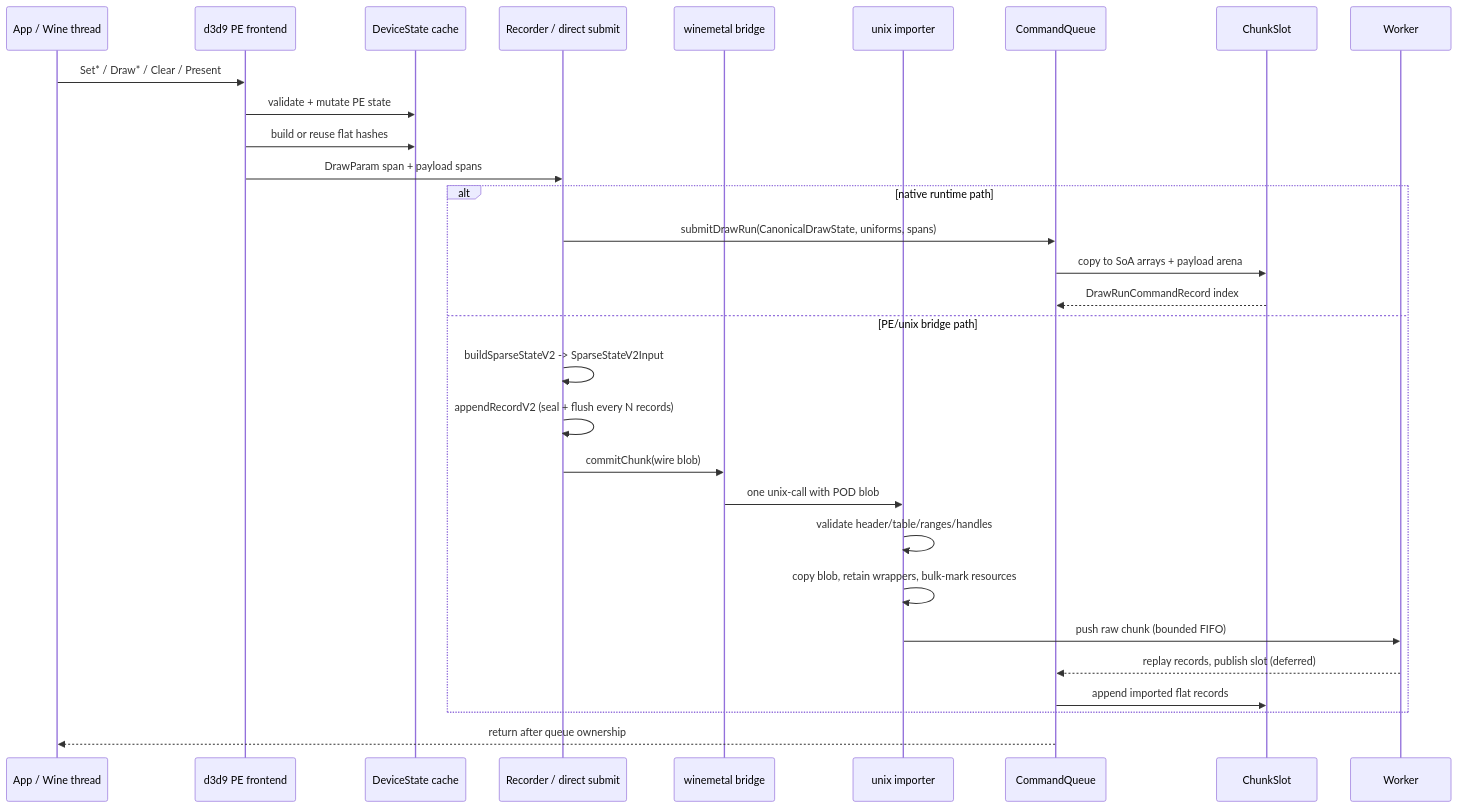
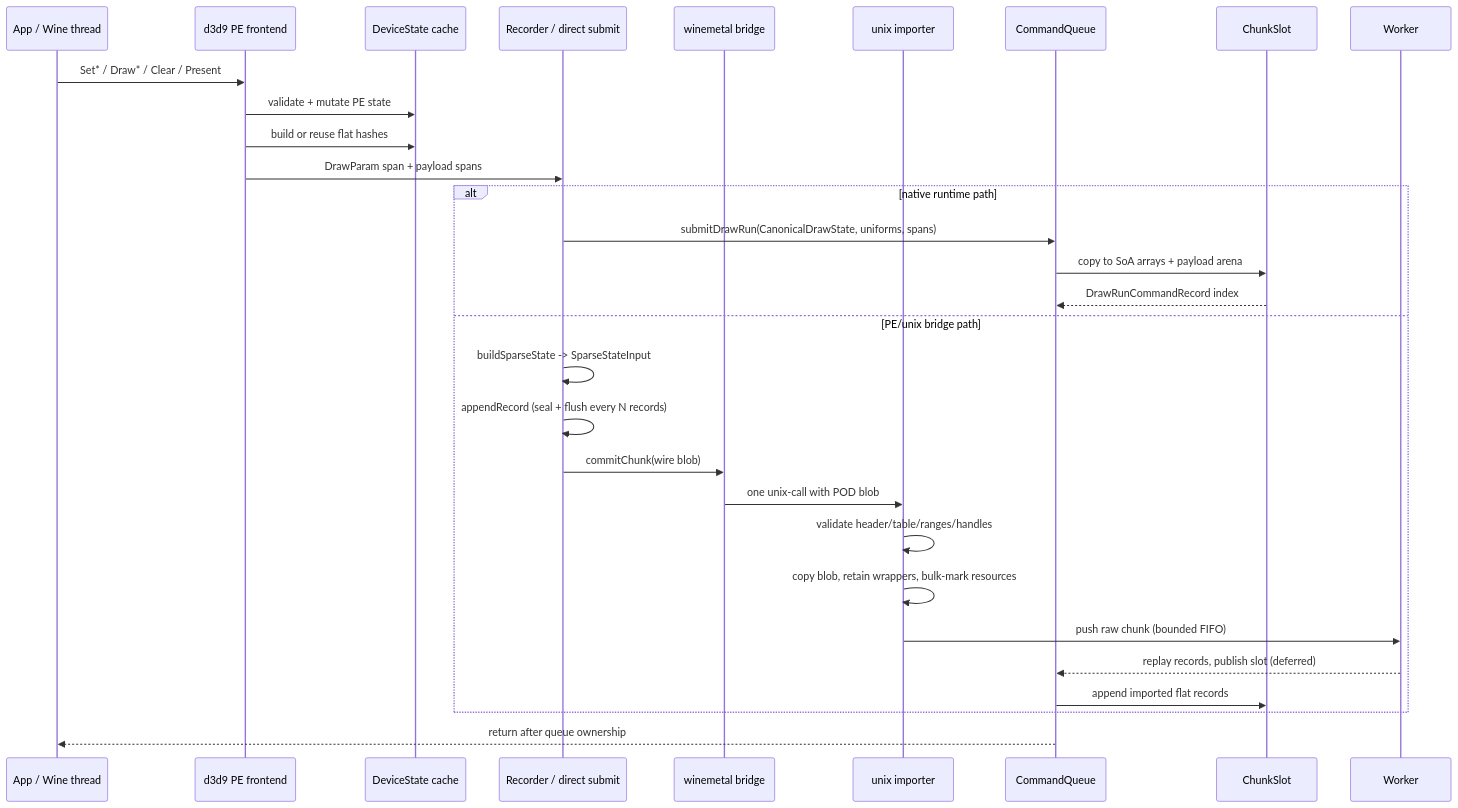
Before and after one commit to dfdgsdfg/dxmt9: the fourth of 13 diagrams in specs/archicture/spec.md, drawn with Mermaid. The commit also changed other lines of this file and 94 other files, not shown here.

````diff
--- a/specs/archicture/spec.md
+++ b/specs/archicture/spec.md
@@ -202,32 +202,32 @@
 ```mermaid
 sequenceDiagram
     participant App as App / Wine thread
     participant D9 as d3d9 PE frontend
     participant State as DeviceState cache
     participant Rec as Recorder / direct submit
     participant Bridge as winemetal bridge
     participant Import as unix importer
     participant CQ as CommandQueue
     participant Slot as ChunkSlot
 
     App->>D9: Set* / Draw* / Clear / Present
     D9->>State: validate + mutate PE state
     D9->>State: build or reuse flat hashes
     D9->>Rec: DrawParam span + payload spans
     alt native runtime path
         Rec->>CQ: submitDrawRun(CanonicalDrawState, uniforms, spans)
         CQ->>Slot: copy to SoA arrays + payload arena
         Slot-->>CQ: DrawRunCommandRecord index
     else PE/unix bridge path
-        Rec->>Rec: buildSparseStateV2 -> SparseStateV2Input
-        Rec->>Rec: appendRecordV2 (seal + flush every N records)
+        Rec->>Rec: buildSparseState -> SparseStateInput
+        Rec->>Rec: appendRecord (seal + flush every N records)
         Rec->>Bridge: commitChunk(wire blob)
         Bridge->>Import: one unix-call with POD blob
         Import->>Import: validate header/table/ranges/handles
         Import->>Import: copy blob, retain wrappers, bulk-mark resources
         Import->>Worker: push raw chunk (bounded FIFO)
         Worker-->>CQ: replay records, publish slot (deferred)
         CQ->>Slot: append imported flat records
     end
     CQ-->>App: return after queue ownership
 ```
````
